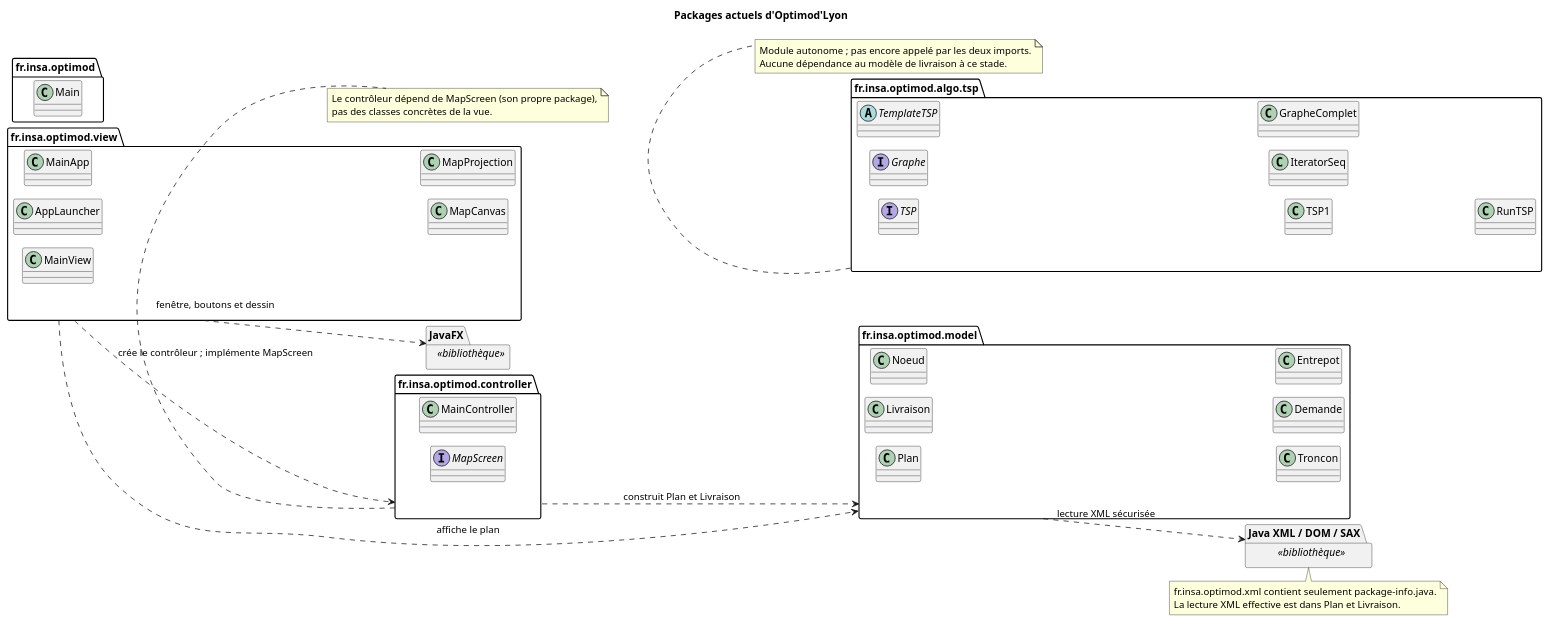
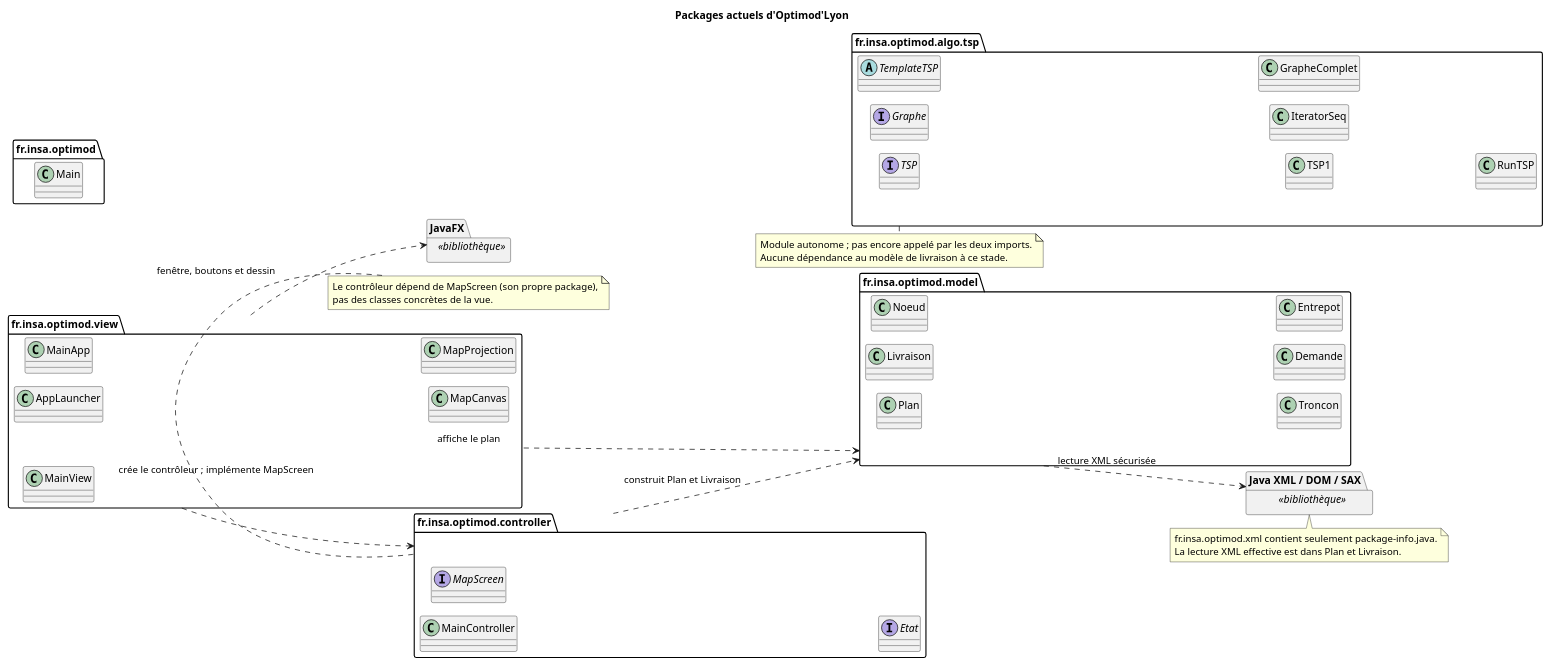
The diagram in docs/diagrams/packages-actuels.puml (tristanhp/Optimod-Lyon), drawn with PlantUML before and after one commit. The commit also changed 21 other files, not shown here.

```diff
--- a/docs/diagrams/packages-actuels.puml
+++ b/docs/diagrams/packages-actuels.puml
@@ -1,57 +1,58 @@
 @startuml packages-actuels
 !pragma layout smetana
 title Packages actuels d'Optimod'Lyon
 left to right direction
 package "fr.insa.optimod" as principal {
  class Main
 }
 package "fr.insa.optimod.view" as vue {
  class AppLauncher
  class MainApp
  class MainView
  class MapCanvas
  class MapProjection
 }
 package "fr.insa.optimod.controller" as controleur {
  class MainController
  interface MapScreen
+ interface Etat
 }
 package "fr.insa.optimod.model" as modele {
  class Plan
  class Livraison
  class Noeud
  class Troncon
  class Demande
  class Entrepot
 }
 package "fr.insa.optimod.algo.tsp" as algorithmes {
  interface TSP
  interface Graphe
  abstract class TemplateTSP
  class TSP1
  class IteratorSeq
  class GrapheComplet
  class RunTSP
 }
 package "JavaFX" as javafx <<bibliothèque>> {
 }
 package "Java XML / DOM / SAX" as lectureXml <<bibliothèque>> {
 }
 vue ..> controleur : crée le contrôleur ; implémente MapScreen
 vue ..> modele : affiche le plan
 controleur ..> modele : construit Plan et Livraison
 vue ..> javafx : fenêtre, boutons et dessin
 modele ..> lectureXml : lecture XML sécurisée
 note bottom of controleur
 Le contrôleur dépend de MapScreen (son propre package),
 pas des classes concrètes de la vue.
 end note
 note bottom of algorithmes
 Module autonome ; pas encore appelé par les deux imports.
 Aucune dépendance au modèle de livraison à ce stade.
 end note
 note bottom of lectureXml
 fr.insa.optimod.xml contient seulement package-info.java.
 La lecture XML effective est dans Plan et Livraison.
 end note
 @enduml
```
